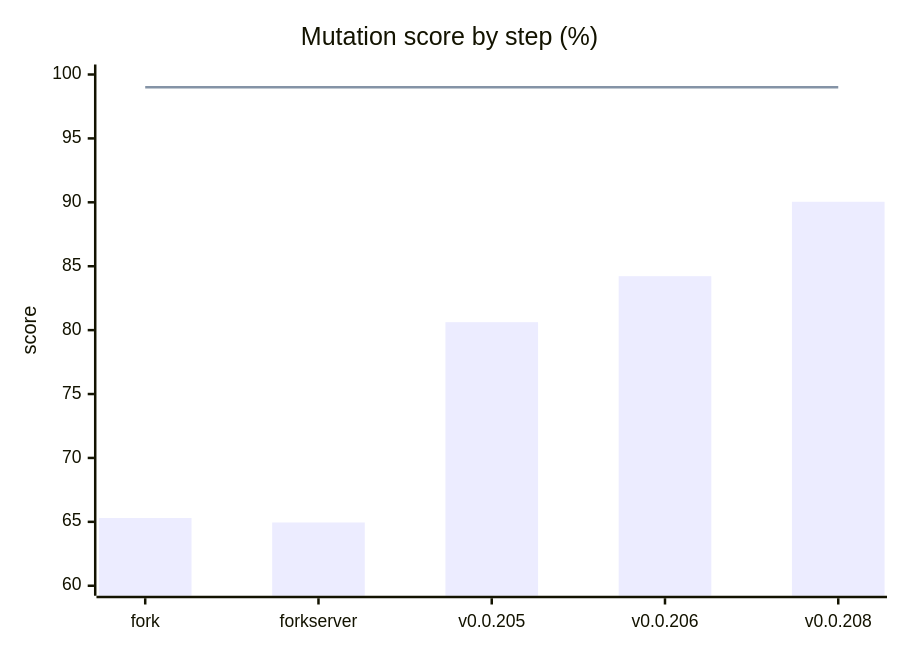
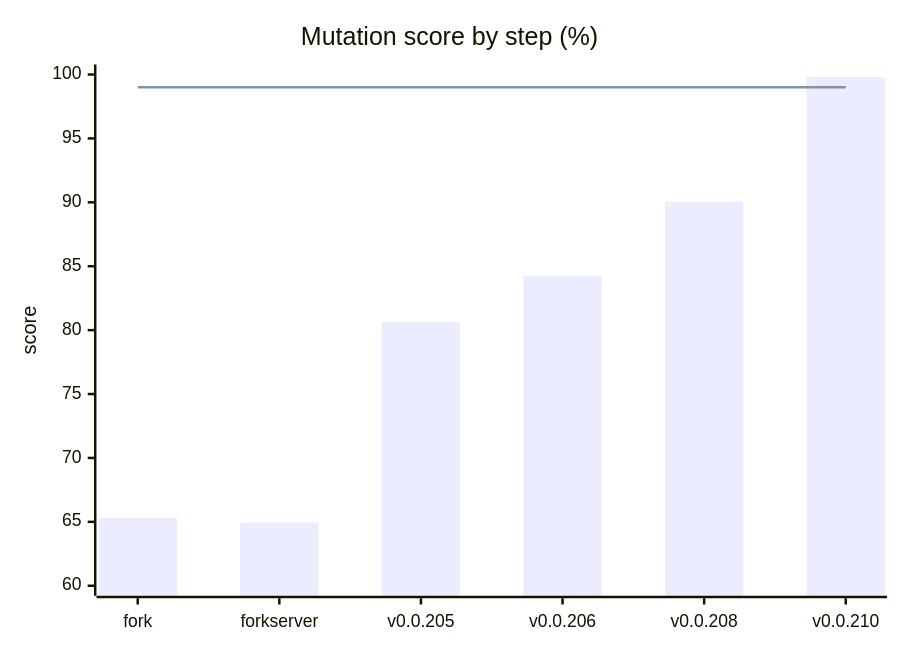
Before and after one commit to marcelpetrick/myLastFmPlayer: the seventh of 7 diagrams in docs/followup_mutation_testing.md, drawn with Mermaid. The commit also changed other lines of this file and 5 other files, not shown here.

````diff
--- a/docs/followup_mutation_testing.md
+++ b/docs/followup_mutation_testing.md
@@ -217,8 +218,8 @@
 ```mermaid
 xychart-beta
     title "Mutation score by step (%)"
-    x-axis ["fork", "forkserver", "v0.0.205", "v0.0.206", "v0.0.208"]
+    x-axis ["fork", "forkserver", "v0.0.205", "v0.0.206", "v0.0.208", "v0.0.210"]
     y-axis "score" 60 --> 100
-    bar [65.3, 64.95, 80.62, 84.22, 90.04]
-    line [99, 99, 99, 99, 99]
+    bar [65.3, 64.95, 80.62, 84.22, 90.04, 99.81]
+    line [99, 99, 99, 99, 99, 99]
 ```
````
